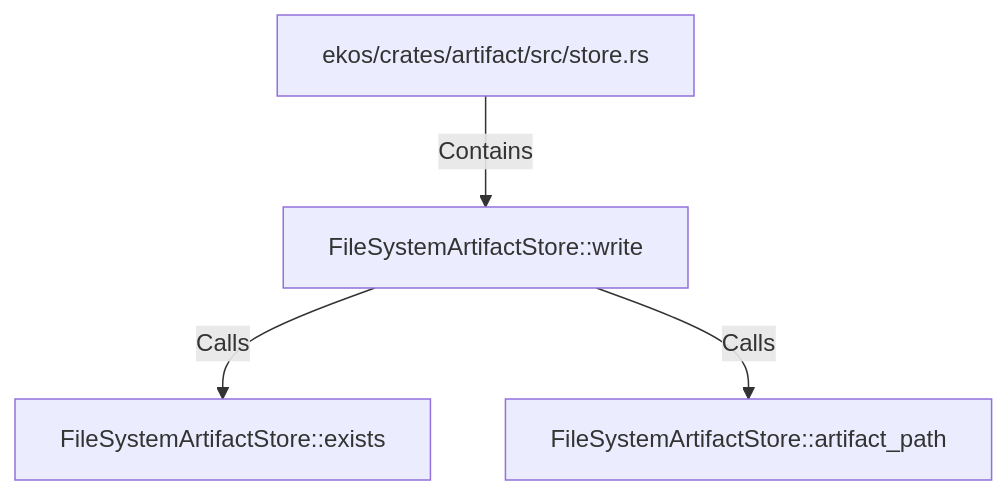
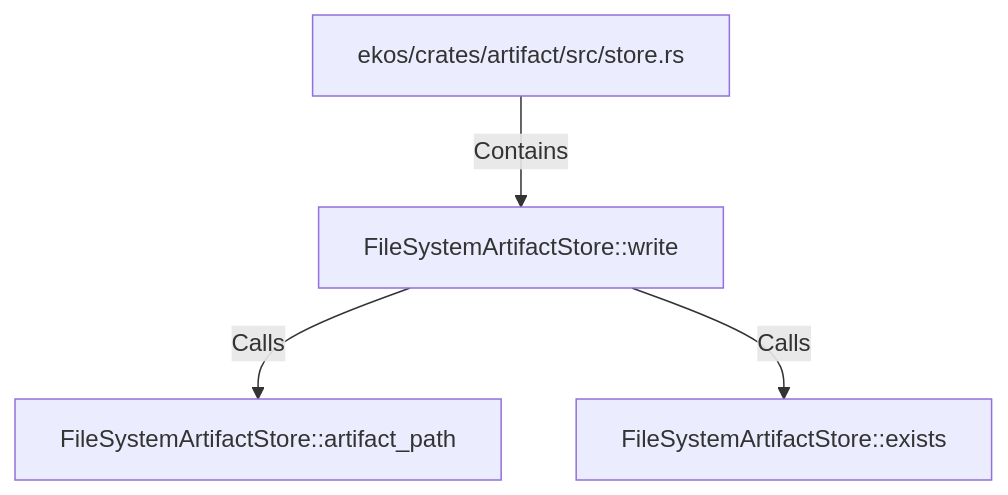
The diagram in doc/entities/rustsymbol/fi/filesystemartifactstore-write.md (alexeyban/EKOS), drawn with Mermaid before and after one commit. The commit also changed other lines of this file and 552 other files, not shown here.

````diff
--- a/doc/entities/rustsymbol/fi/filesystemartifactstore-write.md
+++ b/doc/entities/rustsymbol/fi/filesystemartifactstore-write.md
@@ -22,10 +22,10 @@
 ```mermaid
 graph TD
     ncb393b412582587ca703fa1a655dc611["FileSystemArtifactStore::write"]
     nd997f78db111570eb530510e98c14df8["ekos/crates/artifact/src/store.rs"]
     nd997f78db111570eb530510e98c14df8 -->|Contains| ncb393b412582587ca703fa1a655dc611
+    n9de3c96ca7155997a1562a4c8c0b7d70["FileSystemArtifactStore::artifact_path"]
+    ncb393b412582587ca703fa1a655dc611 -->|Calls| n9de3c96ca7155997a1562a4c8c0b7d70
     n09a9951a1e355a79ae5c2c9793ae4e34["FileSystemArtifactStore::exists"]
     ncb393b412582587ca703fa1a655dc611 -->|Calls| n09a9951a1e355a79ae5c2c9793ae4e34
-    n9de3c96ca7155997a1562a4c8c0b7d70["FileSystemArtifactStore::artifact_path"]
-    ncb393b412582587ca703fa1a655dc611 -->|Calls| n9de3c96ca7155997a1562a4c8c0b7d70
 ```
````
